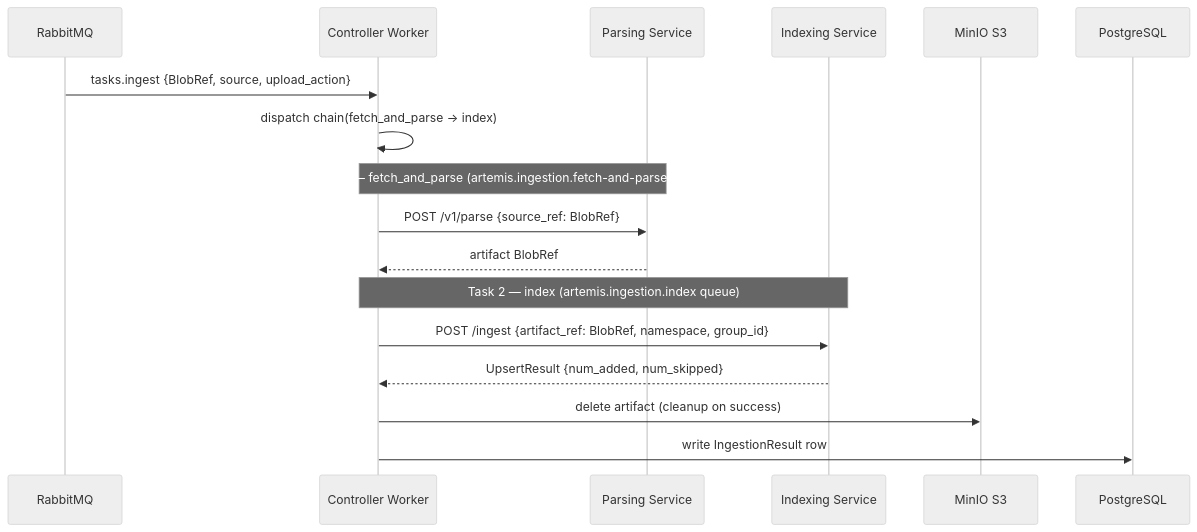
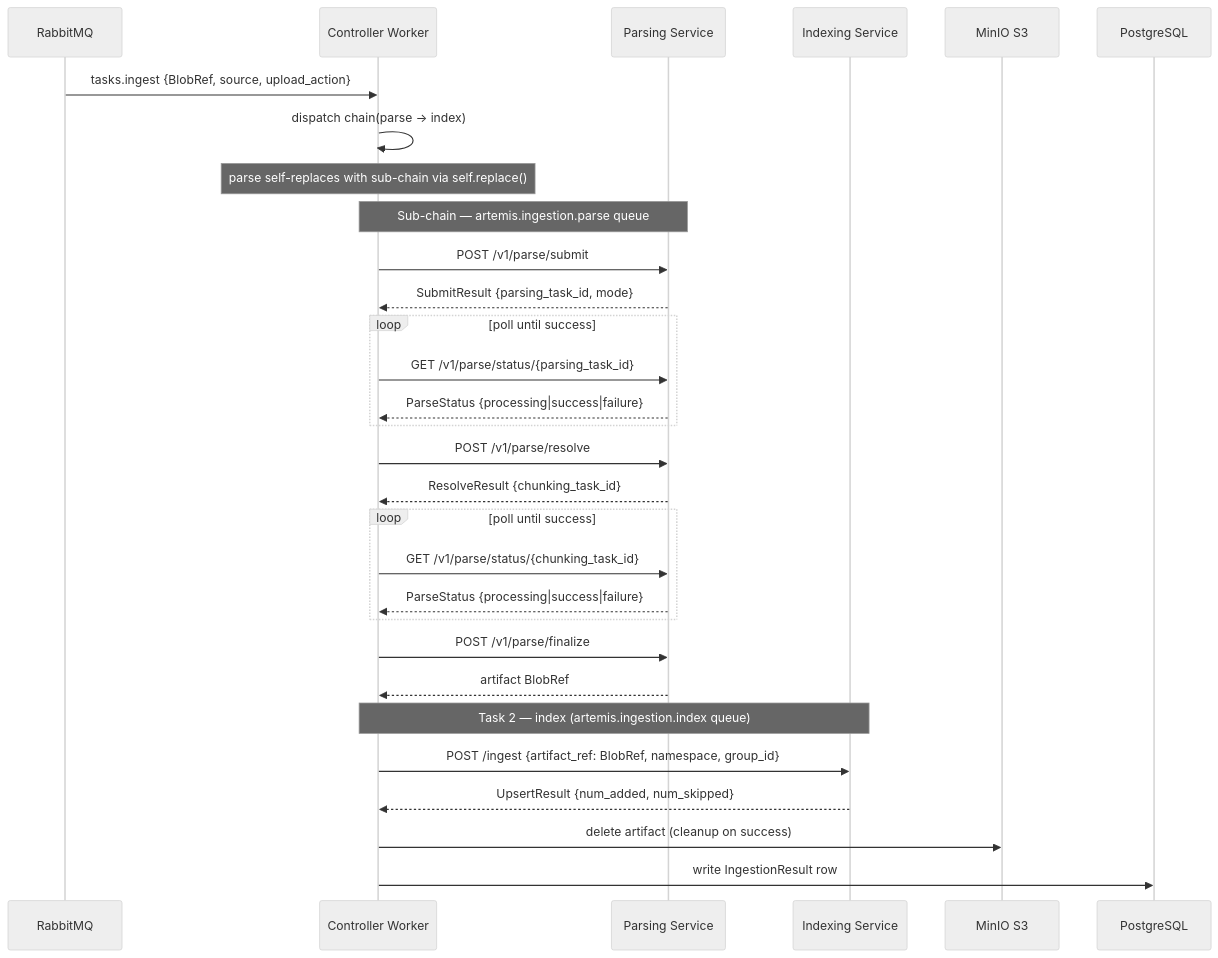
One commit to k-sparrow/artemis changed the second of 4 diagrams in docs/architecture/ingestion-subsystem.md. Above: the diagram before and after it, drawn with Mermaid (neutral theme). The commit also changed other lines of this file and 3 other files, not shown here.

Commit message:
[docs/...] adjusted docs to new async parsing service flow

````diff
--- a/docs/architecture/ingestion-subsystem.md
+++ b/docs/architecture/ingestion-subsystem.md
@@ -108,23 +109,36 @@
 ```mermaid
 sequenceDiagram
     participant Q as RabbitMQ
     participant CW as Controller Worker
     participant PS as Parsing Service
     participant IS as Indexing Service
     participant S3 as MinIO S3
     participant PG as PostgreSQL
 
     Q->>CW: tasks.ingest {BlobRef, source, upload_action}
-    CW->>CW: dispatch chain(fetch_and_parse → index)
+    CW->>CW: dispatch chain(parse → index)
+    note over CW: parse self-replaces with sub-chain via self.replace()
 
-    note over CW,PS: Task 1 — fetch_and_parse (artemis.ingestion.fetch-and-parse queue)
-    CW->>PS: POST /v1/parse {source_ref: BlobRef}
+    note over CW,PS: Sub-chain — artemis.ingestion.parse queue
+    CW->>PS: POST /v1/parse/submit
+    PS-->>CW: SubmitResult {parsing_task_id, mode}
+    loop poll until success
+        CW->>PS: GET /v1/parse/status/{parsing_task_id}
+        PS-->>CW: ParseStatus {processing|success|failure}
+    end
+    CW->>PS: POST /v1/parse/resolve
+    PS-->>CW: ResolveResult {chunking_task_id}
+    loop poll until success
+        CW->>PS: GET /v1/parse/status/{chunking_task_id}
+        PS-->>CW: ParseStatus {processing|success|failure}
+    end
+    CW->>PS: POST /v1/parse/finalize
     PS-->>CW: artifact BlobRef
 
     note over CW,IS: Task 2 — index (artemis.ingestion.index queue)
     CW->>IS: POST /ingest {artifact_ref: BlobRef, namespace, group_id}
     IS-->>CW: UpsertResult {num_added, num_skipped}
 
     CW->>S3: delete artifact (cleanup on success)
     CW->>PG: write IngestionResult row
 ```
````
